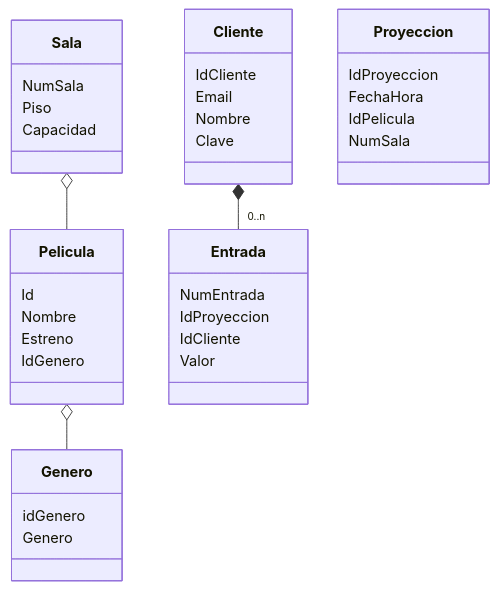
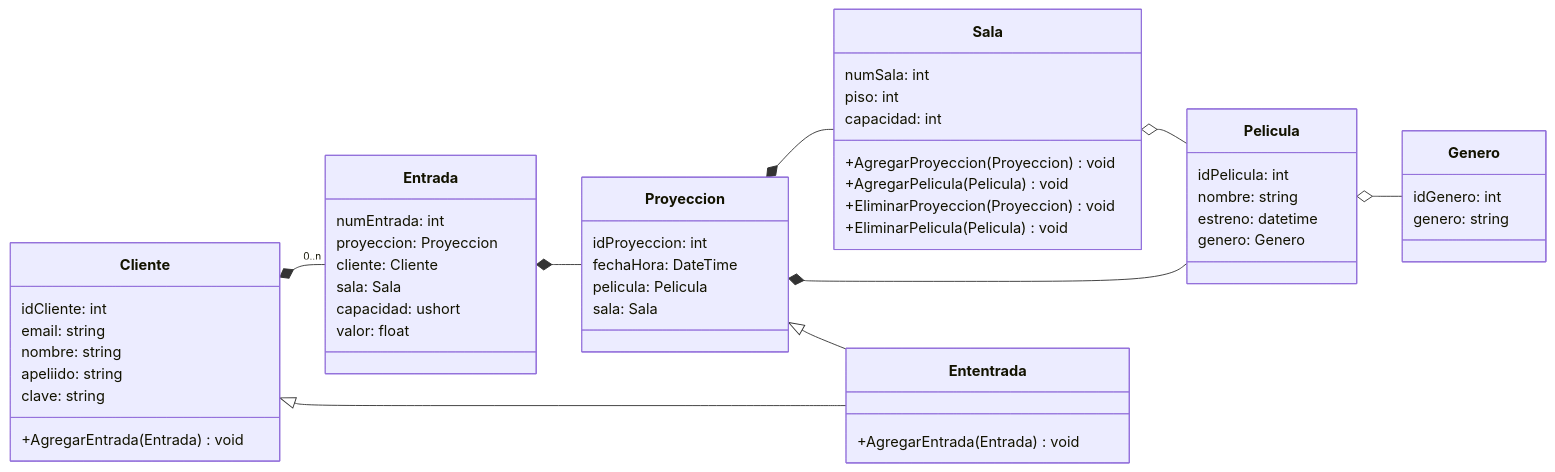
One commit to josesinio/cine-2022 changed the diagram in csharp/diagrama.md. Above: the diagram before and after it, drawn with Mermaid. The commit also changed 6 other files, not shown here.

````diff
--- a/csharp/diagrama.md
+++ b/csharp/diagrama.md
@@ -1,47 +1,64 @@
 ```mermaid
     classDiagram
-    
+    direction LR
         Pelicula o-- Genero
         Cliente *-- "0..n" Entrada
         Sala o-- Pelicula
-         
+        Proyeccion *-- Sala
+        Proyeccion *-- Pelicula
+        Entrada *-- Proyeccion
+        Cliente <|--  Ententrada
+        Proyeccion  <|-- Ententrada
+
 
         class Genero{
-            idGenero
-            Genero
+            idGenero: int
+            genero: string
         }
     
         class Sala{
-            NumSala
-            Piso
-            Capacidad
+            numSala: int
+            piso: int
+            capacidad: int
+            +AgregarProyeccion(Proyeccion) void
+            +AgregarPelicula(Pelicula) void
+            +EliminarProyeccion(Proyeccion) void
+            +EliminarPelicula(Pelicula) void
+        }
+
+        class Ententrada {
+            +AgregarEntrada(Entrada) void
         }
     
         class Pelicula{
-            Id
-            Nombre
-            Estreno
-            IdGenero
+            idPelicula: int
+            nombre: string
+            estreno: datetime
+            genero: Genero
         }
     
         class Cliente{
-            IdCliente
-            Email
-            Nombre
-            Clave
+            idCliente: int
+            email: string
+            nombre: string
+            apeliido: string
+            clave: string
+            +AgregarEntrada(Entrada) void
         }
     
         class Proyeccion{
-            IdProyeccion
-            FechaHora
-            IdPelicula
-            NumSala
+            idProyeccion: int
+            fechaHora: DateTime
+            pelicula: Pelicula
+            sala: Sala            
         }
     
         class Entrada{
-            NumEntrada
-            IdProyeccion
-            IdCliente
-            Valor
+            numEntrada: int
+            proyeccion: Proyeccion
+            cliente: Cliente
+            sala: Sala
+            capacidad: ushort
+            valor: float
         }
 ```
````
